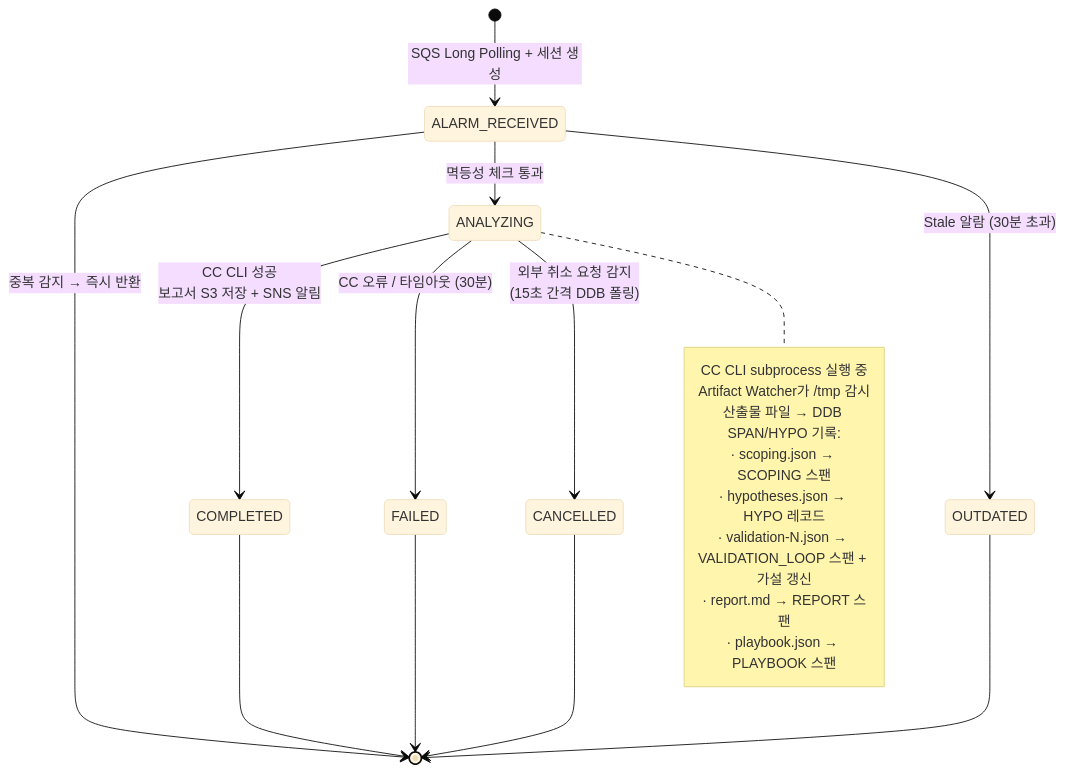
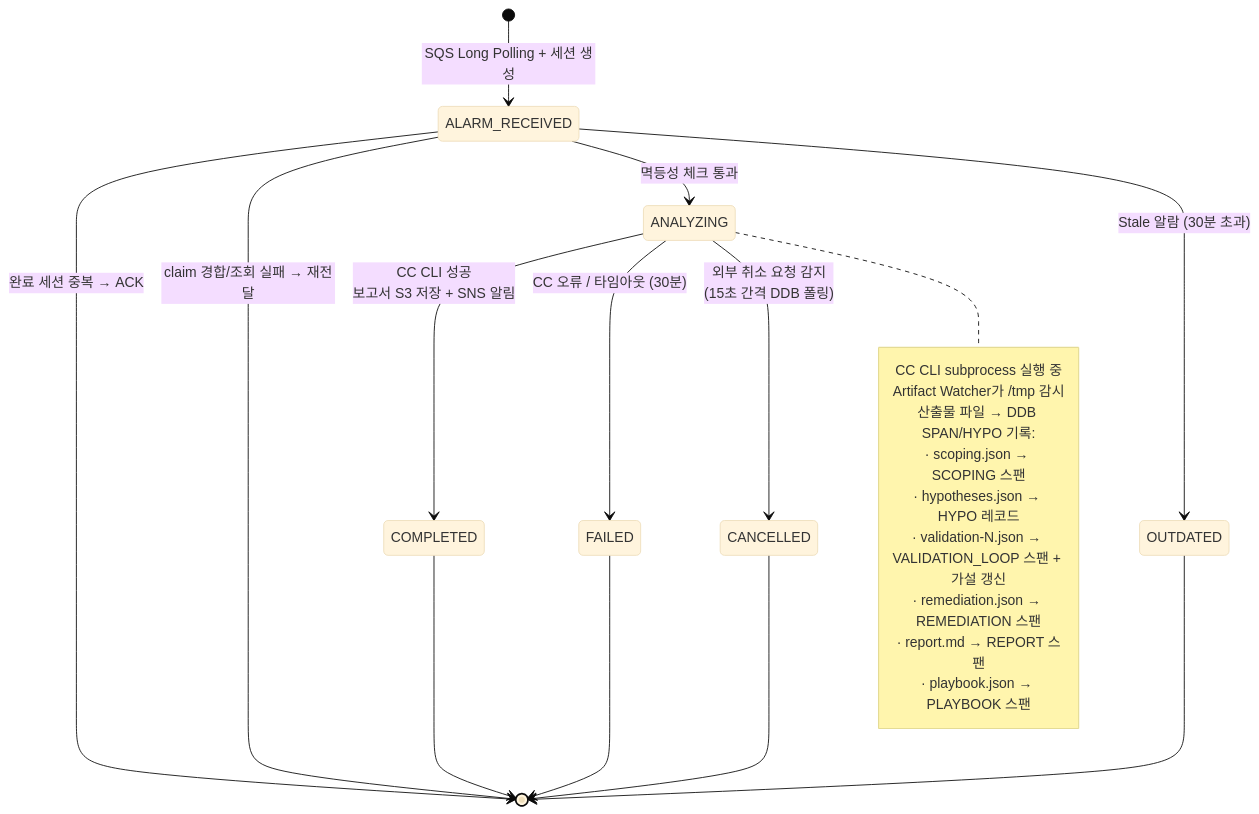
The fifth of 7 diagrams in docs/architecture-and-demo-flow.md (haandol/rca-agent), drawn with Mermaid (base theme) before and after one commit. The commit also changed other lines of this file and 154 other files, not shown here.

````diff
--- a/docs/architecture-and-demo-flow.md
+++ b/docs/architecture-and-demo-flow.md
@@ -349,29 +354,31 @@
 ```mermaid
 stateDiagram-v2
     [*] --> ALARM_RECEIVED: SQS Long Polling + 세션 생성
 
-    ALARM_RECEIVED --> [*]: 중복 감지 → 즉시 반환
+    ALARM_RECEIVED --> [*]: 완료 세션 중복 → ACK
+    ALARM_RECEIVED --> [*]: claim 경합/조회 실패 → 재전달
     ALARM_RECEIVED --> ANALYZING: 멱등성 체크 통과
     ALARM_RECEIVED --> OUTDATED: Stale 알람 (30분 초과)
 
     ANALYZING --> COMPLETED: CC CLI 성공<br/>보고서 S3 저장 + SNS 알림
     ANALYZING --> FAILED: CC 오류 / 타임아웃 (30분)
     ANALYZING --> CANCELLED: 외부 취소 요청 감지<br/>(15초 간격 DDB 폴링)
 
     OUTDATED --> [*]
 
     note right of ANALYZING
         CC CLI subprocess 실행 중
         Artifact Watcher가 /tmp 감시
         산출물 파일 → DDB SPAN/HYPO 기록:
         · scoping.json → SCOPING 스팬
         · hypotheses.json → HYPO 레코드
         · validation-N.json → VALIDATION_LOOP 스팬 + 가설 갱신
+        · remediation.json → REMEDIATION 스팬
         · report.md → REPORT 스팬
         · playbook.json → PLAYBOOK 스팬
     end note
 
     COMPLETED --> [*]
     FAILED --> [*]
     CANCELLED --> [*]
 ```
````
